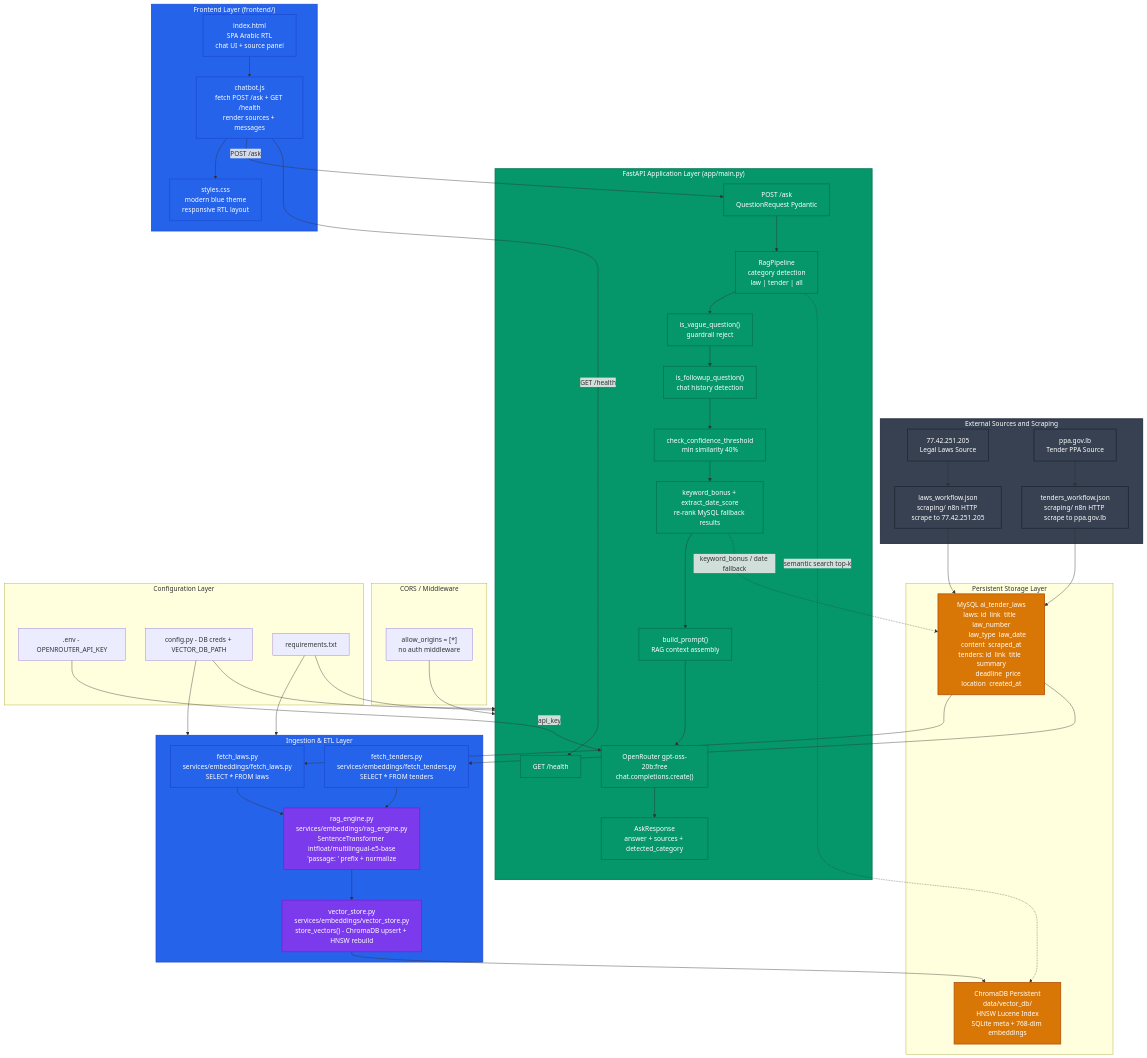
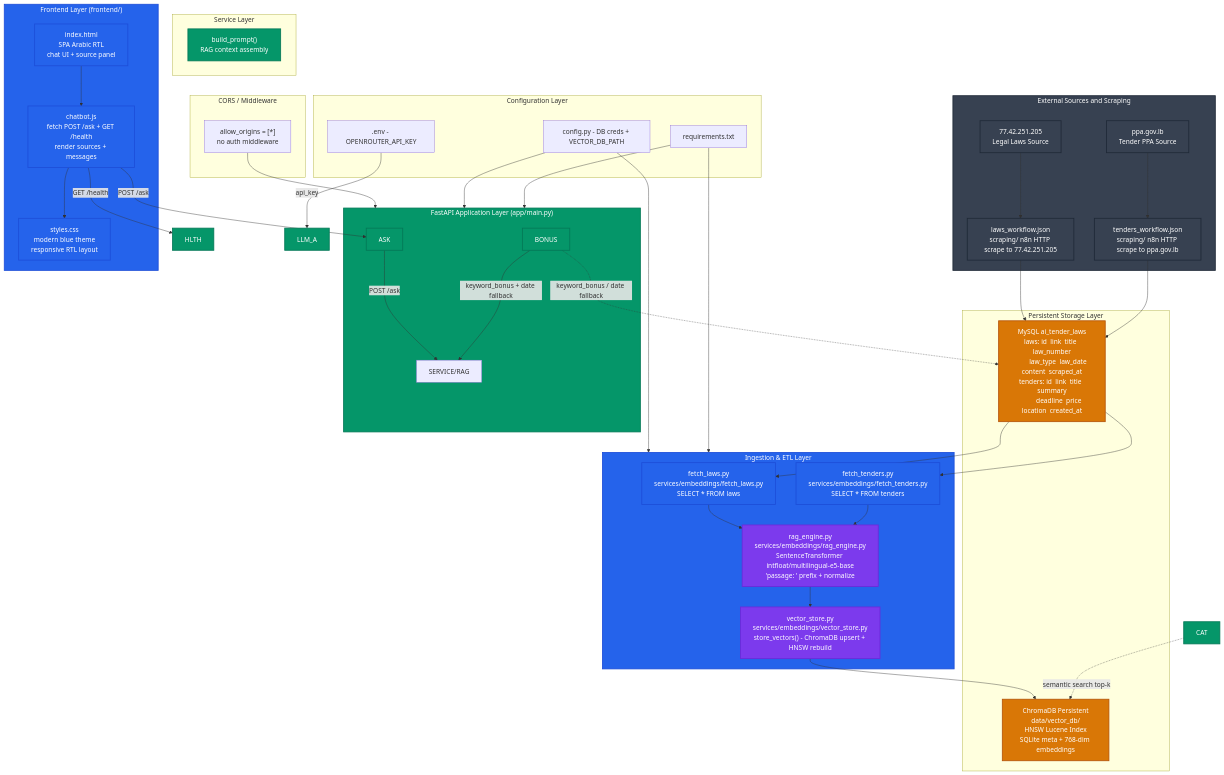
Before and after one commit to danielgh427/aljarida-alrasmiya: the diagram in docs/architecture/diagram-02-layered-architecture.mermaid, drawn with Mermaid. The commit also changed 9 other files, not shown here.

```diff
--- a/docs/architecture/diagram-02-layered-architecture.mermaid
+++ b/docs/architecture/diagram-02-layered-architecture.mermaid
@@ -1,100 +1,87 @@
 flowchart TD
     subgraph EXT["External Sources and Scraping"]
         LWS["laws_workflow.json<br>scraping/ n8n HTTP scrape to 77.42.251.205"]
         TWS["tenders_workflow.json<br>scraping/ n8n HTTP scrape to ppa.gov.lb"]
         LGOV["77.42.251.205<br>Legal Laws Source"]
         PGOV["ppa.gov.lb<br>Tender PPA Source"]
     end
 
     subgraph INGEST["Ingestion & ETL Layer"]
         DIR1["fetch_laws.py<br>services/embeddings/fetch_laws.py<br>SELECT * FROM laws"]
         DIR2["fetch_tenders.py<br>services/embeddings/fetch_tenders.py<br>SELECT * FROM tenders"]
         GEN["rag_engine.py<br>services/embeddings/rag_engine.py<br>SentenceTransformer intfloat/multilingual-e5-base<br>'passage: ' prefix + normalize"]
         VST["vector_store.py<br>services/embeddings/vector_store.py<br>store_vectors() - ChromaDB upsert + HNSW rebuild"]
     end
 
     subgraph STORAGE["Persistent Storage Layer"]
         MYSQL["MySQL ai_tender_laws<br>laws: id  link  title  law_number<br>         law_type  law_date  content  scraped_at<br>tenders: id  link  title  summary<br>          deadline  price  location  created_at"]
         CHROMA["ChromaDB Persistent<br>data/vector_db/<br>HNSW Lucene Index<br>SQLite meta + 768-dim embeddings"]
     end
 
+    subgraph SERVICE["Service Layer"]
+        RAG["build_prompt()<br>RAG context assembly"]
+    end
+
     subgraph FASTAPI["FastAPI Application Layer (app/main.py)"]
-        HLTH["GET /health"]
-        ASK["POST /ask<br>QuestionRequest Pydantic"]
-        CAT["RagPipeline<br>category detection<br>law | tender | all"]
-        VAG["is_vague_question()<br>guardrail reject"]
-        FUQ["is_followup_question()<br>chat history detection"]
-        CONF["check_confidence_threshold<br>min similarity 40%"]
-        BONUS["keyword_bonus + extract_date_score<br>re-rank MySQL fallback results"]
-        RAG["build_prompt()<br>RAG context assembly"]
-        LLM_A["OpenRouter gpt-oss-20b:free<br>chat.completions.create()"]
-        ASKR["AskResponse<br>answer + sources + detected_category"]
-
-        ASK --> CAT
-        CAT --> VAG
-        VAG --> FUQ
-        FUQ --> CONF
-        CONF --> BONUS
-        BONUS --> RAG
-        RAG --> LLM_A
-        LLM_A --> ASKR
+        ASK -->|POST /ask| SERVICE/RAG
+        BONUS -->|keyword_bonus + date fallback| SERVICE/RAG
     end
 
     subgraph CORS_MW["CORS / Middleware"]
         CMW["allow_origins = [*]<br>no auth middleware"]
     end
 
     subgraph FRONTEND["Frontend Layer (frontend/)"]
         HTML["index.html<br>SPA Arabic RTL<br>chat UI + source panel"]
         JS["chatbot.js<br>fetch POST /ask + GET /health<br>render sources + messages"]
         CSS["styles.css<br>modern blue theme<br>responsive RTL layout"]
         HTML --> JS
         JS --> CSS
     end
 
     subgraph CONFIG["Configuration Layer"]
         ENV[".env - OPENROUTER_API_KEY"]
         CFG["config.py - DB creds + VECTOR_DB_PATH"]
         REQ["requirements.txt"]
     end
 
     LGOV      --> LWS
     PGOV      --> TWS
     LWS       --> MYSQL
     TWS       --> MYSQL
 
     MYSQL     --> DIR1
     MYSQL     --> DIR2
     DIR1      --> GEN
     DIR2      --> GEN
     GEN       --> VST
     VST       --> CHROMA
 
     CAT   -.->|semantic search top-k| CHROMA
     BONUS -.->|keyword_bonus / date fallback| MYSQL
 
     CMW      --> FASTAPI
     JS       -->|POST /ask| ASK
     JS       -->|GET /health| HLTH
 
     CFG      --> INGEST
     CFG      --> FASTAPI
     ENV      -->|api_key| LLM_A
     REQ      --> INGEST
     REQ      --> FASTAPI
 
     classDef ext     fill:#374151,color:#fff,stroke:#1f2937,stroke-width:2px
     classDef ingest  fill:#2563eb,color:#fff,stroke:#1d4ed8,stroke-width:2px
     classDef embed   fill:#7c3aed,color:#fff,stroke:#6d28d9,stroke-width:2px
     classDef apiX    fill:#059669,color:#fff,stroke:#047857,stroke-width:2px
     classDef dbX     fill:#d97706,color:#fff,stroke:#b45309,stroke-width:2px
     classDef fe      fill:#2563eb,color:#fff,stroke:#1d4ed8,stroke-width:2px
     classDef cfg     fill:#6b7280,color:#fff,stroke:#4b5563,stroke-width:2px
     classDef corsx   fill:#ef4444,color:#fff,stroke:#dc2626,stroke-width:2px
 
     class EXT,LWS,TWS,LGOV,PGOV ext
     class INGEST,DIR1,DIR2 ingest
     class GEN,VST embed
     class FASTAPI,HLTH,ASK,CAT,VAG,FUQ,CONF,BONUS,RAG,LLM_A,ASKR apiX
     class MYSQL,CHROMA dbX
     class FRONTEND,HTML,JS,CSS fe
```
